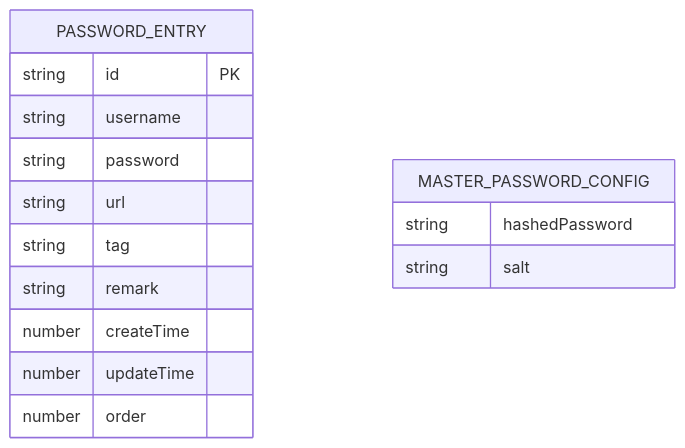
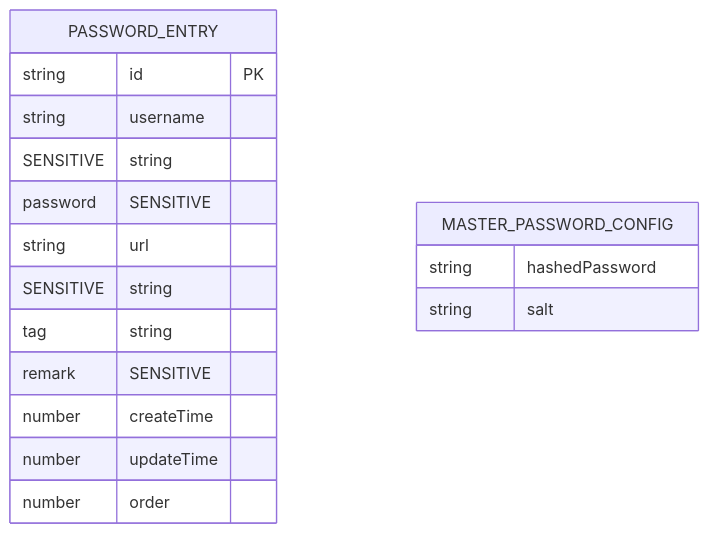
The seventh of 8 diagrams in .qoder/repowiki/zh/content/安全机制/数据加密存储.md (liaolongdong/account-password-helper), drawn with Mermaid before and after one commit. The commit also changed other lines of this file and 23 other files, not shown here.

````diff
--- a/.qoder/repowiki/zh/content/安全机制/数据加密存储.md
+++ b/.qoder/repowiki/zh/content/安全机制/数据加密存储.md
@@ -310,18 +332,18 @@
 ```mermaid
 erDiagram
 PASSWORD_ENTRY {
 string id PK
-string username
-string password
-string url
+string username SENSITIVE
+string password SENSITIVE
+string url SENSITIVE
 string tag
-string remark
+string remark SENSITIVE
 number createTime
 number updateTime
 number order
 }
 MASTER_PASSWORD_CONFIG {
 string hashedPassword
 string salt
 }
 ```
````
